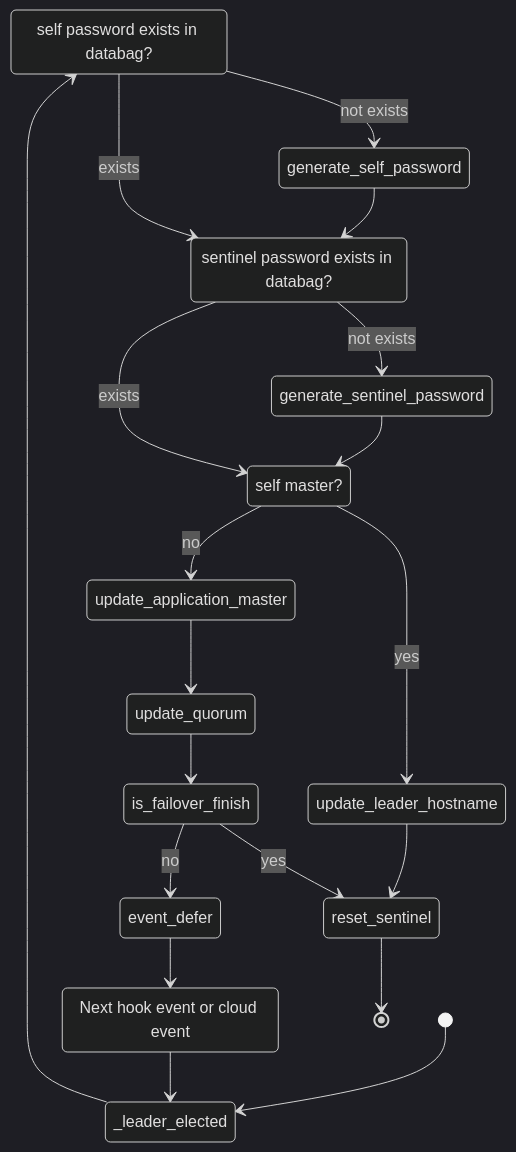
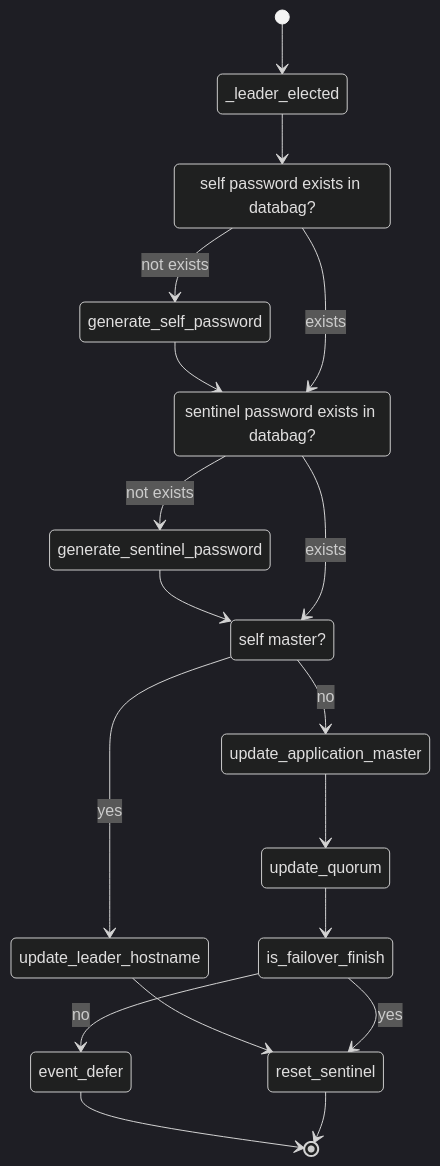
One commit to jneo8/juju-guides changed the fifth of 5 diagrams in tutorial-operator-charm/deployment.md. Above: the diagram before and after it, drawn with Mermaid (dark theme). The commit also changed other lines of this file, not shown here.

````diff
--- a/tutorial-operator-charm/deployment.md
+++ b/tutorial-operator-charm/deployment.md
@@ -745,33 +888,31 @@
 ```mermaid
 stateDiagram-v2
 
 state "self password exists in databag?" as if_self_password
 state "sentinel password exists in databag?" as if_sentinel_password
 state "self master?" as if_self_master
-state "Next hook event or cloud event" as next_event
 
 [*] --> _leader_elected
 
 _leader_elected --> if_self_password
 
 %% password
 if_self_password --> generate_self_password: not exists
 generate_self_password --> if_sentinel_password
 if_self_password --> if_sentinel_password: exists
 if_sentinel_password --> generate_sentinel_password: not exists
 generate_sentinel_password --> if_self_master
 if_sentinel_password --> if_self_master: exists
 if_self_master --> update_leader_hostname: yes
 update_leader_hostname --> reset_sentinel
 
 %% master
 if_self_master --> update_application_master: no
 update_application_master --> update_quorum
 update_quorum --> is_failover_finish
 
 is_failover_finish --> event_defer: no
-event_defer --> next_event
-next_event --> _leader_elected
+event_defer --> [*]
 is_failover_finish --> reset_sentinel: yes
 reset_sentinel --> [*]
 ```
````
